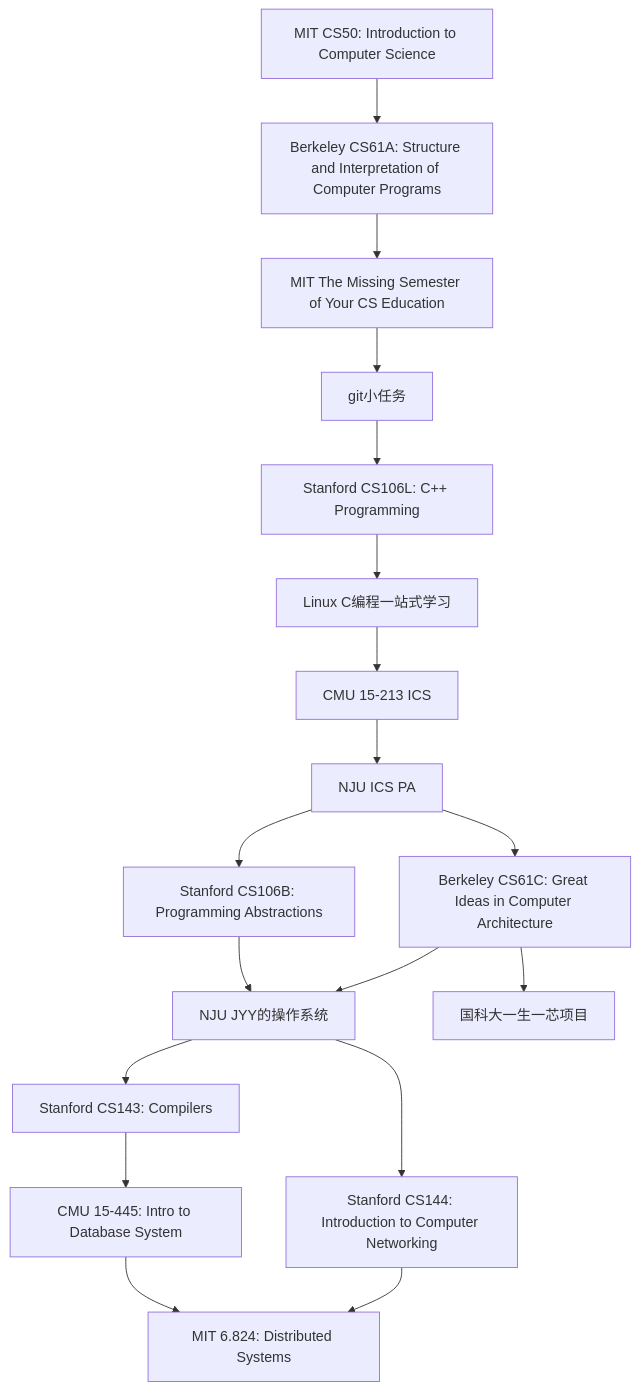
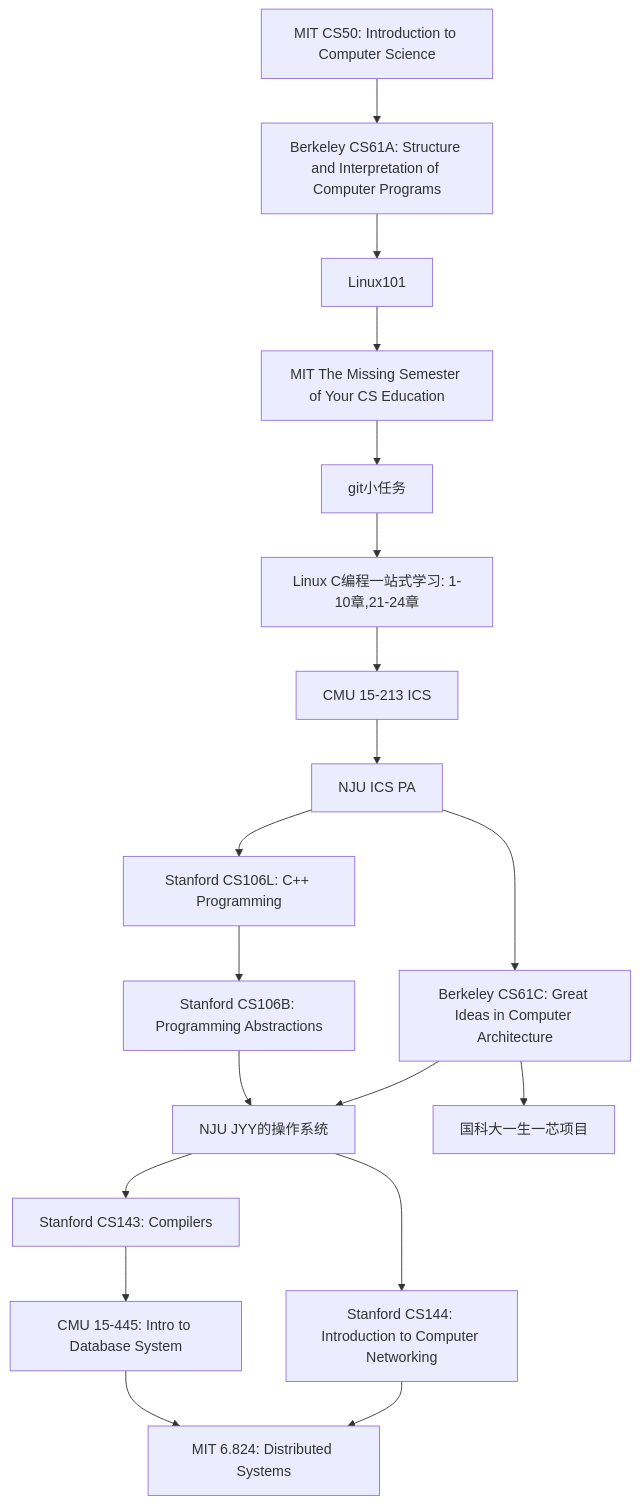
One commit to SUEPaper/cs202 changed the diagram in docs/notes/cs_roadmap.md. Above: the diagram before and after it, drawn with Mermaid. The commit also changed other lines of this file and 7 other files, not shown here.

````diff
--- a/docs/notes/cs_roadmap.md
+++ b/docs/notes/cs_roadmap.md
@@ -14,22 +14,23 @@
 ```mermaid
 
 graph
     A[MIT CS50: Introduction to Computer Science] --> B[Berkeley CS61A: Structure and Interpretation of Computer Programs]
-    B --> C[MIT The Missing Semester of Your CS Education]
-    C --> D[git小任务]
-    D --> E[Stanford CS106L: C++ Programming]
-    E --> F[Linux C编程一站式学习]
-    F --> G[CMU 15-213 ICS]
-    G --> H[NJU ICS PA]
-    H --> I[Stanford CS106B: Programming Abstractions] 
-    H --> J[Berkeley CS61C: Great Ideas in Computer Architecture]
+    B --> C1[Linux101]
+	C1 --> C2[MIT The Missing Semester of Your CS Education]
+    C2 --> D[git小任务]
+    D --> E[Linux C编程一站式学习: 1-10章,21-24章]
+    E --> F[CMU 15-213 ICS]
+    F --> G[NJU ICS PA]
+    G --> H[Stanford CS106L: C++ Programming]
+    H --> I[Stanford CS106B: Programming Abstractions]
+    G --> J[Berkeley CS61C: Great Ideas in Computer Architecture]
     I --> K[NJU JYY的操作系统]
     J --> K
     K --> L[Stanford CS143: Compilers]
     K --> M[Stanford CS144: Introduction to Computer Networking]
     L --> N[CMU 15-445: Intro to Database System]
     N --> O[MIT 6.824: Distributed Systems]
     M --> O
     J --> P[国科大一生一芯项目]
 
 ```
````
